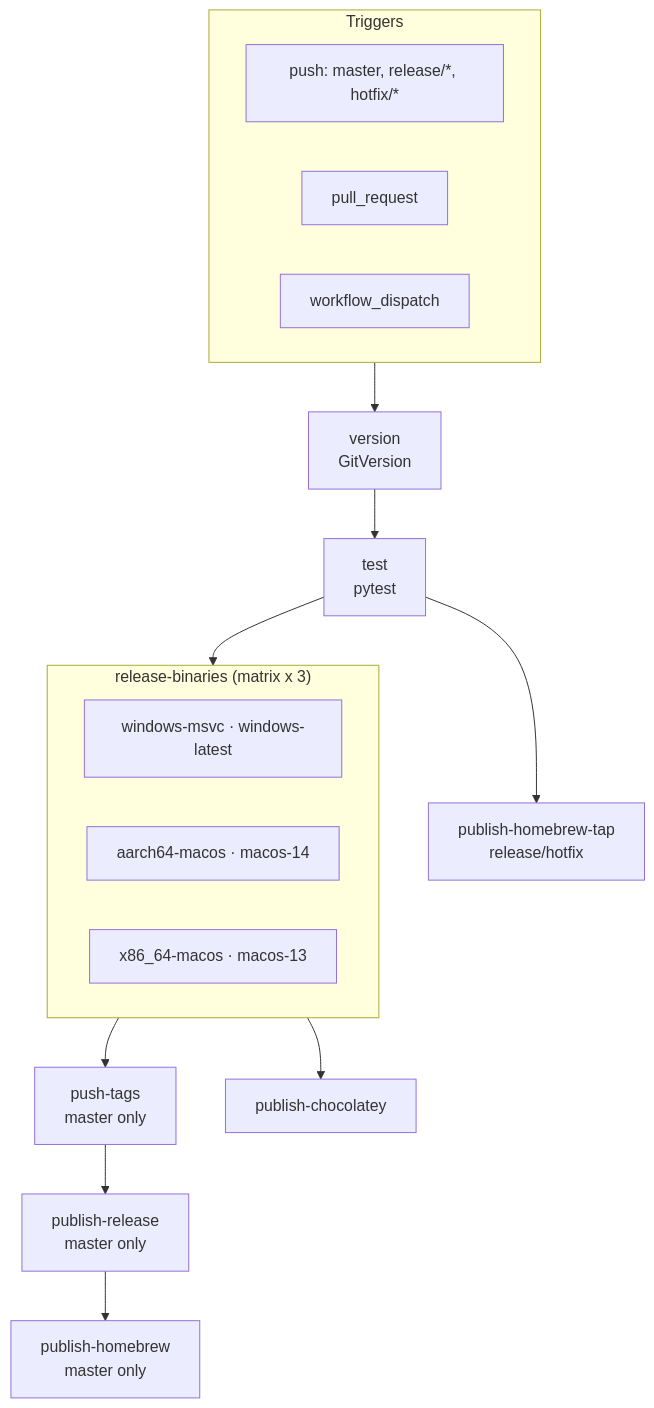
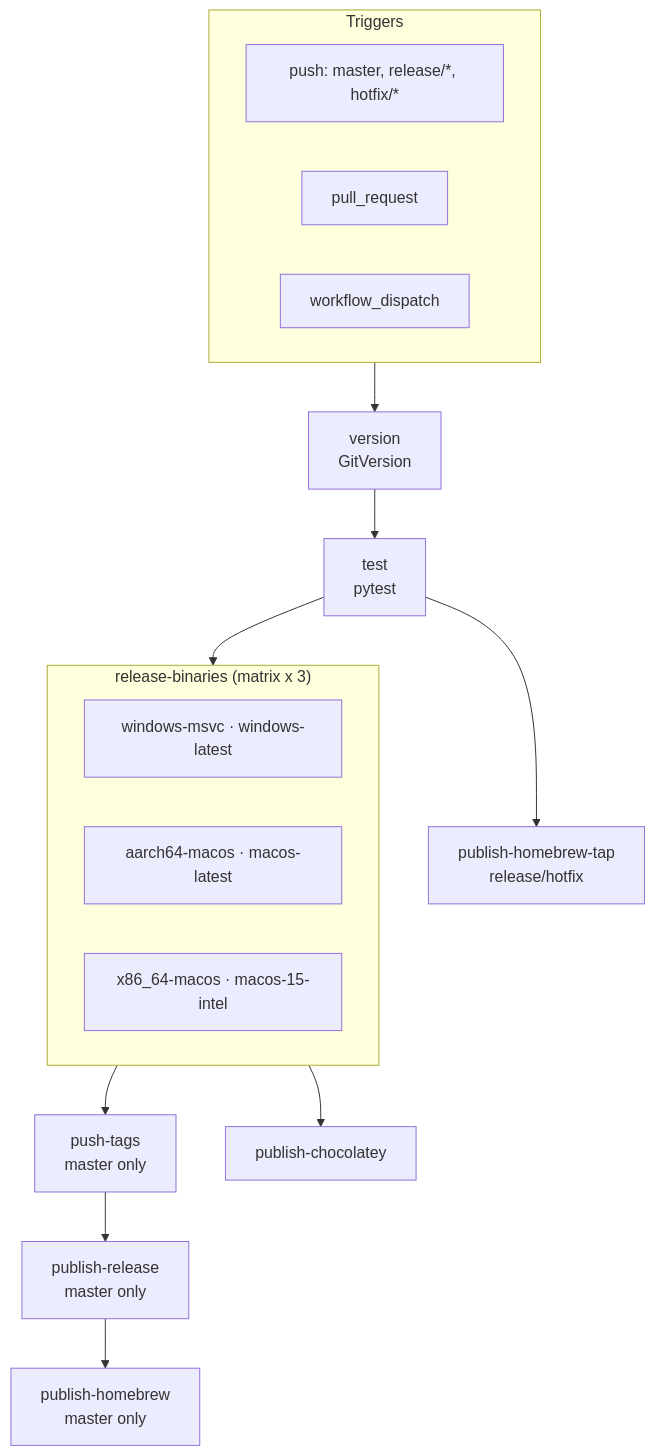
Before and after one commit to denis-peshkov/duplicate-finder: the diagram in docs/ci-cd.md, drawn with Mermaid. The commit also changed 1 other file, not shown here.

Commit message:
update CI/CD configuration: adjust macOS versions for workflows and documentation

````diff
--- a/docs/ci-cd.md
+++ b/docs/ci-cd.md
@@ -11,32 +11,32 @@
 ```mermaid
 flowchart TD
   subgraph triggers["Triggers"]
     T1["push: master, release/*, hotfix/*"]
     T2["pull_request"]
     T3["workflow_dispatch"]
   end
 
   V["version<br/>GitVersion"]
   TEST["test<br/>pytest"]
 
   subgraph matrix["release-binaries (matrix x 3)"]
     M1["windows-msvc · windows-latest"]
-    M2["aarch64-macos · macos-14"]
-    M3["x86_64-macos · macos-13"]
+    M2["aarch64-macos · macos-latest"]
+    M3["x86_64-macos · macos-15-intel"]
   end
 
   PT["push-tags<br/>master only"]
   CHR["publish-chocolatey"]
   HBT["publish-homebrew-tap<br/>release/hotfix"]
   REL["publish-release<br/>master only"]
   HB["publish-homebrew<br/>master only"]
 
   triggers --> V
   V --> TEST
   TEST --> matrix
   matrix --> PT
   matrix --> CHR
   TEST --> HBT
   PT --> REL
   REL --> HB
 ```
````
